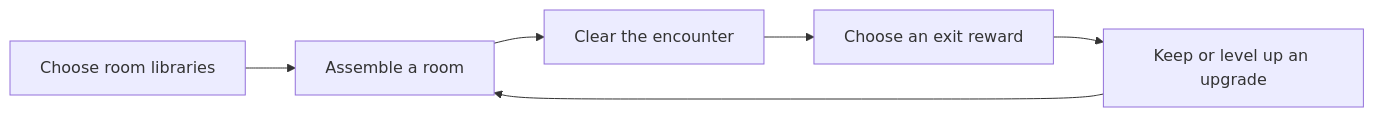
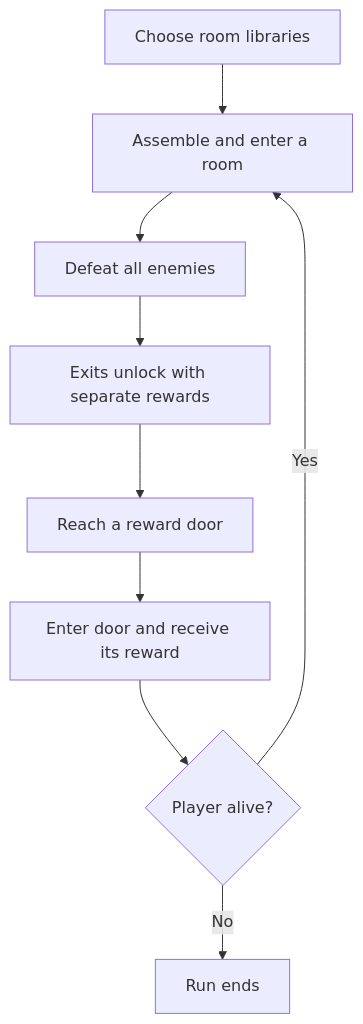
Before and after one commit to ardszsantos/masmorra: the diagram in README.md, drawn with Mermaid. The commit also changed other lines of this file and 1 other file, not shown here.

````diff
--- a/README.md
+++ b/README.md
@@ -31,8 +34,11 @@
 ```mermaid
-flowchart LR
-    A[Choose room libraries] --> B[Assemble a room]
-    B --> C[Clear the encounter]
-    C --> D[Choose an exit reward]
-    D --> E[Keep or level up an upgrade]
-    E --> B
+flowchart TD
+    A[Choose room libraries] --> B[Assemble and enter a room]
+    B --> C[Defeat all enemies]
+    C --> D[Exits unlock with separate rewards]
+    D --> E[Reach a reward door]
+    E --> F[Enter door and receive its reward]
+    F --> G{Player alive?}
+    G -- Yes --> B
+    G -- No --> H[Run ends]
 ```
````
